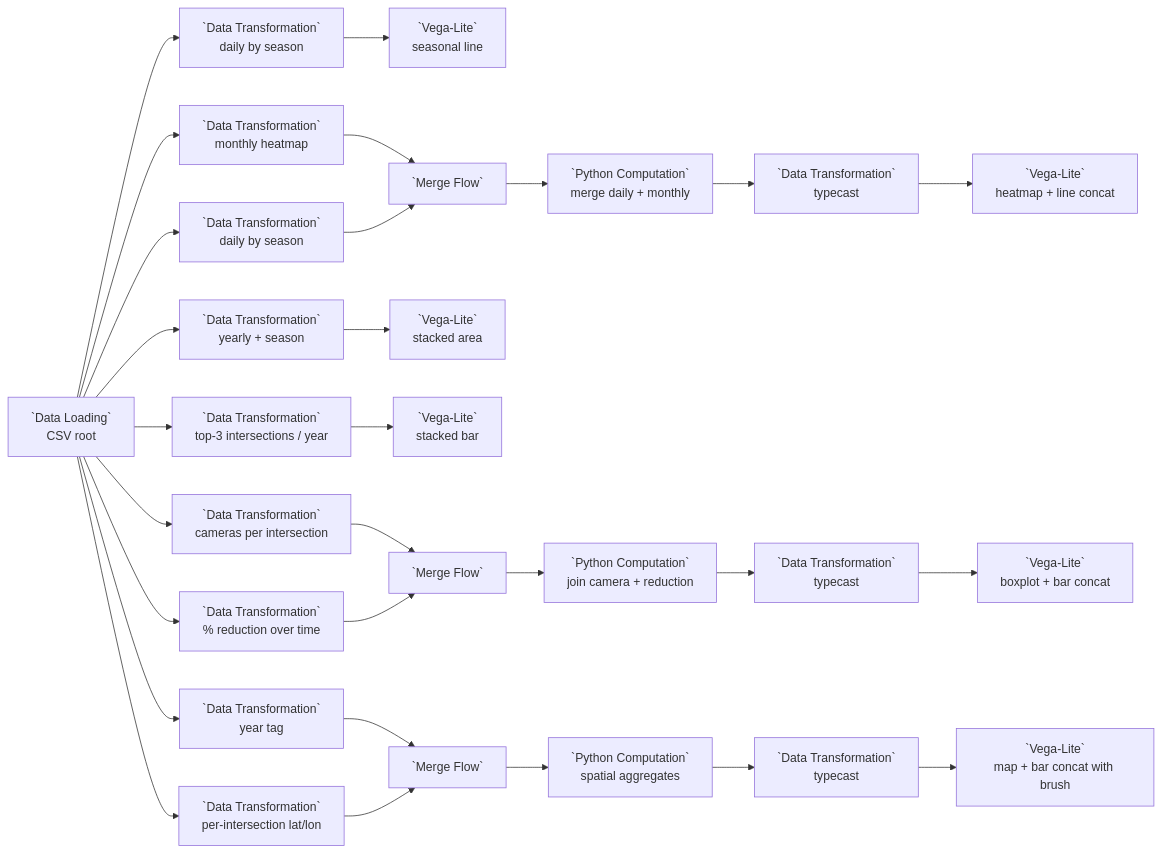
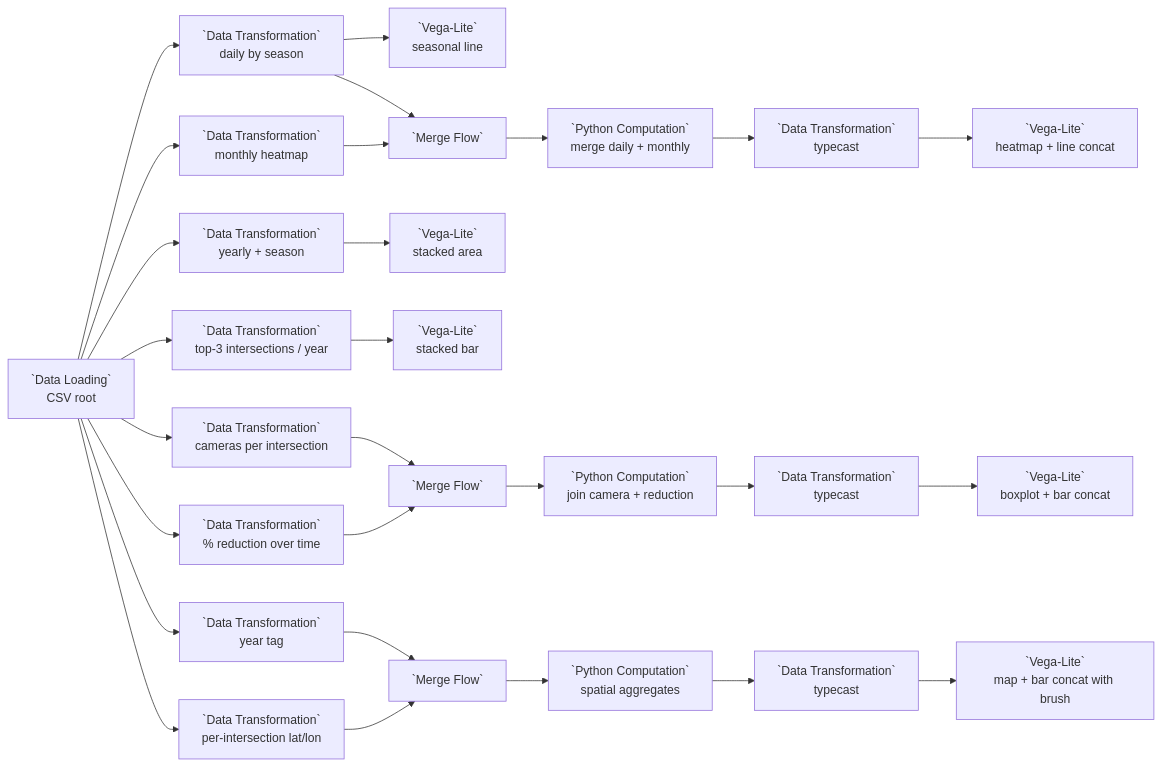
The diagram in docs/examples/04-vega-lite-multi-flow-dashboard.md (urban-toolkit/curio), drawn with Mermaid before and after one commit. The commit also changed other lines of this file and 14 other files, not shown here.

````diff
--- a/docs/examples/04-vega-lite-multi-flow-dashboard.md
+++ b/docs/examples/04-vega-lite-multi-flow-dashboard.md
@@ -9,25 +9,24 @@
 ```mermaid
 flowchart LR
   L[`Data Loading`<br/>CSV root]
 
   L --> A[`Data Transformation`<br/>daily by season] --> AV[`Vega-Lite`<br/>seasonal line]
 
   L --> B1[`Data Transformation`<br/>monthly heatmap]
-  L --> B2[`Data Transformation`<br/>daily by season]
   B1 --> BM[`Merge Flow`]
-  B2 --> BM --> BC[`Python Computation`<br/>merge daily + monthly] --> BT[`Data Transformation`<br/>typecast] --> BV[`Vega-Lite`<br/>heatmap + line concat]
+  A --> BM --> BC[`Python Computation`<br/>merge daily + monthly] --> BT[`Data Transformation`<br/>typecast] --> BV[`Vega-Lite`<br/>heatmap + line concat]
 
   L --> C[`Data Transformation`<br/>yearly + season] --> CV[`Vega-Lite`<br/>stacked area]
 
   L --> D[`Data Transformation`<br/>top-3 intersections / year] --> DV[`Vega-Lite`<br/>stacked bar]
 
   L --> E1[`Data Transformation`<br/>cameras per intersection]
   L --> E2[`Data Transformation`<br/>% reduction over time]
   E1 --> EM[`Merge Flow`]
   E2 --> EM --> EC[`Python Computation`<br/>join camera + reduction] --> ET[`Data Transformation`<br/>typecast] --> EV[`Vega-Lite`<br/>boxplot + bar concat]
 
   L --> F1[`Data Transformation`<br/>year tag]
   L --> F2[`Data Transformation`<br/>per-intersection lat/lon]
   F1 --> FM[`Merge Flow`]
   F2 --> FM --> FC[`Python Computation`<br/>spatial aggregates] --> FT[`Data Transformation`<br/>typecast] --> FV[`Vega-Lite`<br/>map + bar concat with brush]
 ```
````
